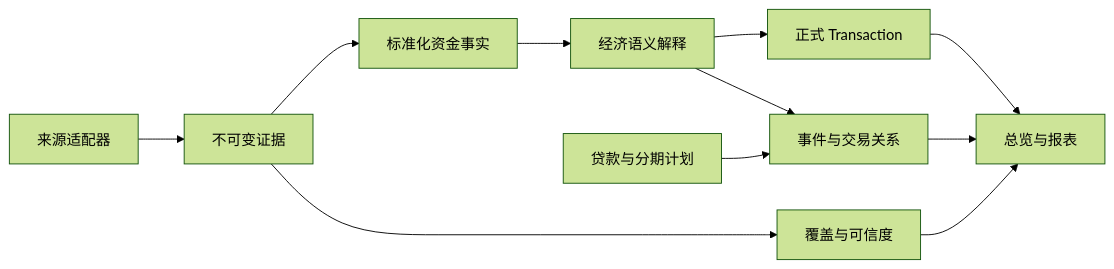
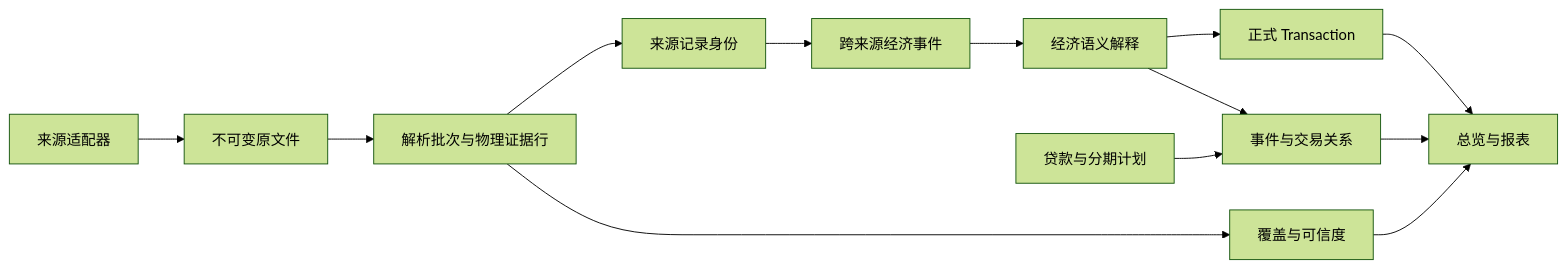
One commit to gaohongxiang/catledger changed the first of 3 diagrams in docs/个人财务架构设计.md. Above: the diagram before and after it, drawn with Mermaid (forest theme). The commit also changed other lines of this file and 8 other files, not shown here.

```diff
--- a/docs/个人财务架构设计.md
+++ b/docs/个人财务架构设计.md
@@ -17,13 +17,15 @@
 ~~~mermaid
 flowchart LR
-    A[来源适配器] --> B[不可变证据]
-    B --> C[标准化资金事实]
-    C --> D[经济语义解释]
-    D --> E[正式 Transaction]
-    D --> F[事件与交易关系]
-    G[贷款与分期计划] --> F
-    E --> H[总览与报表]
-    B --> I[覆盖与可信度]
-    F --> H
-    I --> H
+    A[来源适配器] --> B[不可变原文件]
+    B --> C[解析批次与物理证据行]
+    C --> D[来源记录身份]
+    D --> E[跨来源经济事件]
+    E --> F[经济语义解释]
+    F --> G[正式 Transaction]
+    F --> H[事件与交易关系]
+    I[贷款与分期计划] --> H
+    G --> J[总览与报表]
+    C --> K[覆盖与可信度]
+    H --> J
+    K --> J
 ~~~
```
